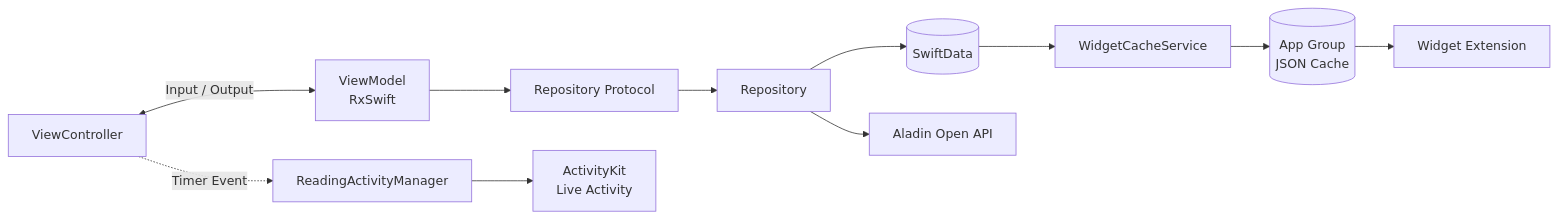
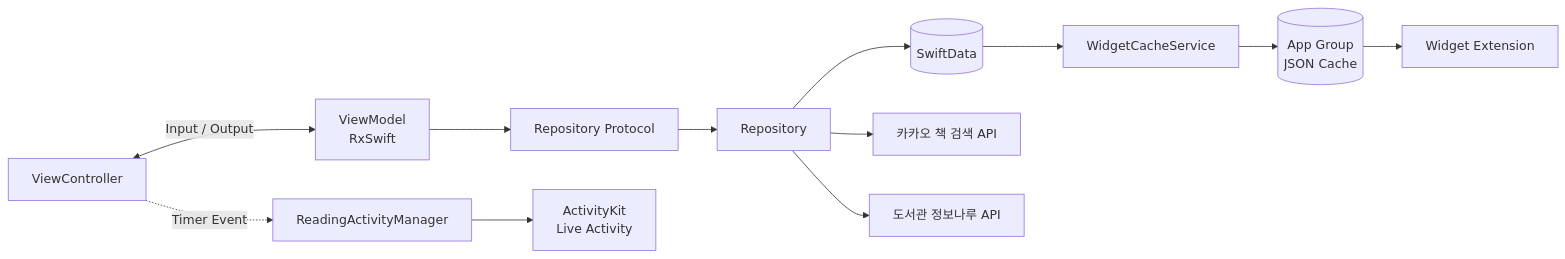
The diagram in README.md (a-jb97/Under_line), drawn with Mermaid before and after one commit. The commit also changed other lines of this file and 6 other files, not shown here.

````diff
--- a/README.md
+++ b/README.md
@@ -115,15 +115,16 @@
 ```mermaid
 flowchart LR
     VC["ViewController"] <-->|"Input / Output"| VM["ViewModel<br/>RxSwift"]
     VM --> RP["Repository Protocol"]
     RP --> REPO["Repository"]
     REPO --> SD[("SwiftData")]
-    REPO --> API["Aladin Open API"]
+    REPO --> KAKAO["카카오 책 검색 API"]
+    REPO --> DATA4LIBRARY["도서관 정보나루 API"]
 
     SD --> CACHE["WidgetCacheService"]
     CACHE --> GROUP[("App Group<br/>JSON Cache")]
     GROUP --> WIDGET["Widget Extension"]
 
     VC -. "Timer Event" .-> ACTIVITY["ReadingActivityManager"]
     ACTIVITY --> LIVE["ActivityKit<br/>Live Activity"]
 ```
````
